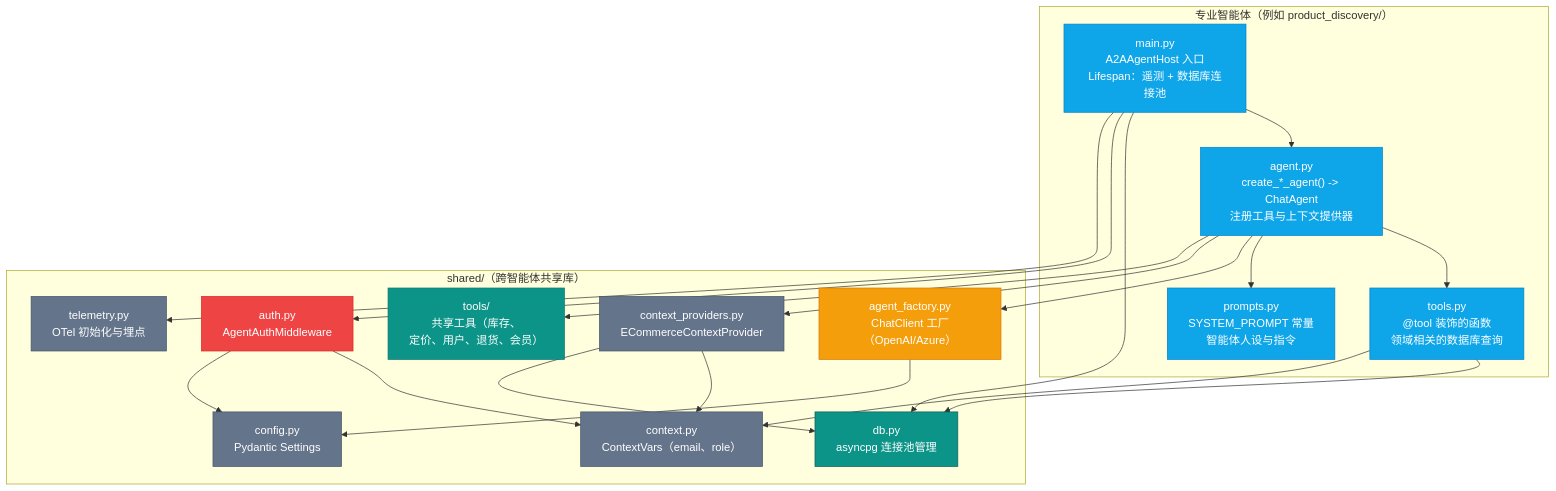
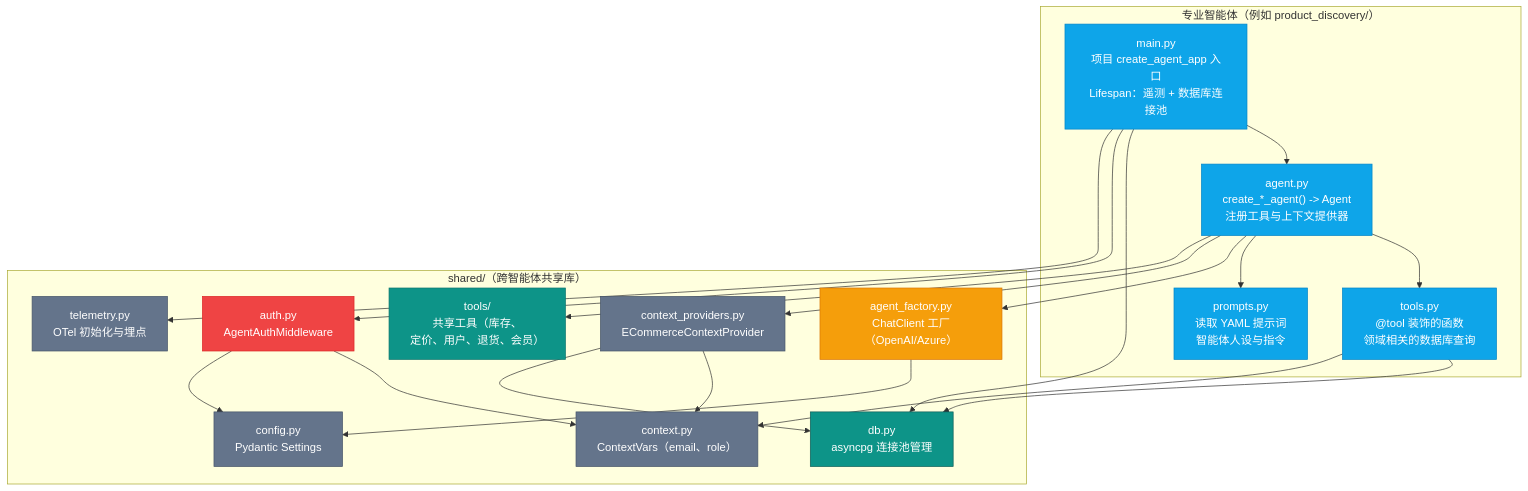
Before and after one commit to s1encisi/reliable-commerce-agents: the fourth of 8 diagrams in docs/architecture.md, drawn with Mermaid. The commit also changed other lines of this file and 144 other files, not shown here.

````diff
--- a/docs/architecture.md
+++ b/docs/architecture.md
@@ -142,50 +164,50 @@
 ```mermaid
 graph TB
     subgraph AgentHost["专业智能体（例如 product_discovery/）"]
-        MAIN["main.py<br/>A2AAgentHost 入口<br/>Lifespan：遥测 + 数据库连接池"]
-        AGENTPY["agent.py<br/>create_*_agent() -> ChatAgent<br/>注册工具与上下文提供器"]
+        MAIN["main.py<br/>项目 create_agent_app 入口<br/>Lifespan：遥测 + 数据库连接池"]
+        AGENTPY["agent.py<br/>create_*_agent() -> Agent<br/>注册工具与上下文提供器"]
         TOOLS["tools.py<br/>@tool 装饰的函数<br/>领域相关的数据库查询"]
-        PROMPTS["prompts.py<br/>SYSTEM_PROMPT 常量<br/>智能体人设与指令"]
+        PROMPTS["prompts.py<br/>读取 YAML 提示词<br/>智能体人设与指令"]
     end
 
     subgraph SharedLib["shared/（跨智能体共享库）"]
         CONFIG["config.py<br/>Pydantic Settings"]
         DBMOD["db.py<br/>asyncpg 连接池管理"]
         AUTH["auth.py<br/>AgentAuthMiddleware"]
         CTX["context.py<br/>ContextVars（email、role）"]
         CTXPROV["context_providers.py<br/>ECommerceContextProvider"]
         FACTORY["agent_factory.py<br/>ChatClient 工厂（OpenAI/Azure）"]
         TELEM["telemetry.py<br/>OTel 初始化与埋点"]
         SHARED_TOOLS["tools/<br/>共享工具（库存、<br/>定价、用户、退货、会员）"]
     end
 
     MAIN --> AGENTPY
     MAIN --> DBMOD
     MAIN --> AUTH
     MAIN --> TELEM
     AGENTPY --> TOOLS
     AGENTPY --> PROMPTS
     AGENTPY --> FACTORY
     AGENTPY --> CTXPROV
     AGENTPY --> SHARED_TOOLS
     TOOLS --> DBMOD
     TOOLS --> CTX
     CTXPROV --> CTX
     CTXPROV --> DBMOD
     AUTH --> CTX
     AUTH --> CONFIG
     FACTORY --> CONFIG
 
     style MAIN fill:#0ea5e9,stroke:#0284c7,color:#fff
     style AGENTPY fill:#0ea5e9,stroke:#0284c7,color:#fff
     style TOOLS fill:#0ea5e9,stroke:#0284c7,color:#fff
     style PROMPTS fill:#0ea5e9,stroke:#0284c7,color:#fff
     style CONFIG fill:#64748b,stroke:#475569,color:#fff
     style DBMOD fill:#0d9488,stroke:#115e59,color:#fff
     style AUTH fill:#ef4444,stroke:#dc2626,color:#fff
     style CTX fill:#64748b,stroke:#475569,color:#fff
     style CTXPROV fill:#64748b,stroke:#475569,color:#fff
     style FACTORY fill:#f59e0b,stroke:#d97706,color:#fff
     style TELEM fill:#64748b,stroke:#475569,color:#fff
     style SHARED_TOOLS fill:#0d9488,stroke:#0f766e,color:#fff
 ```
````
